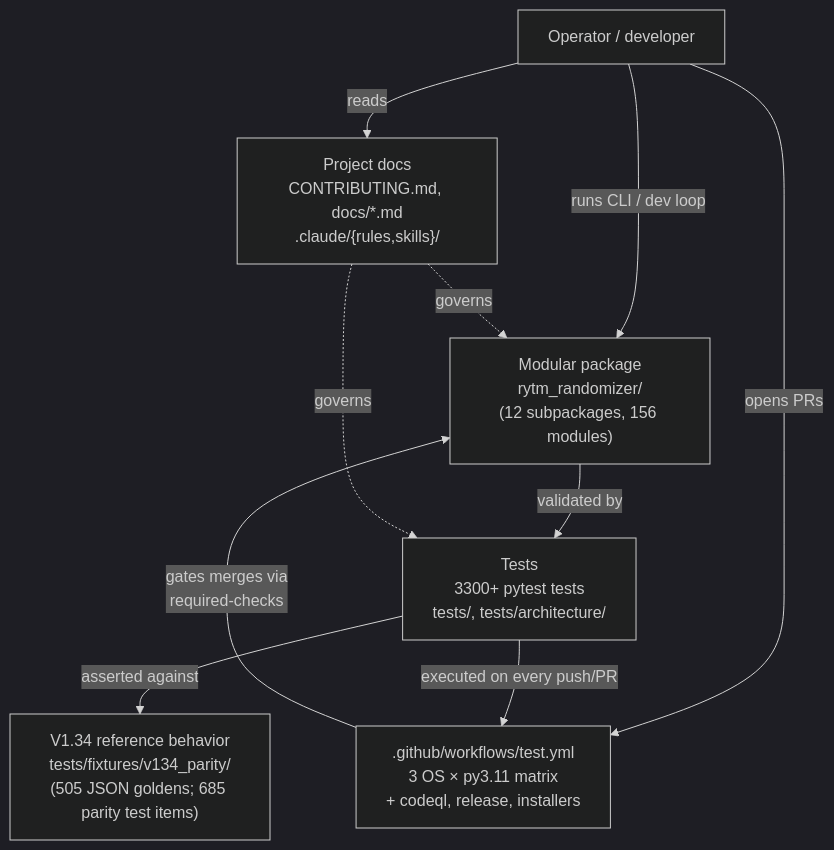
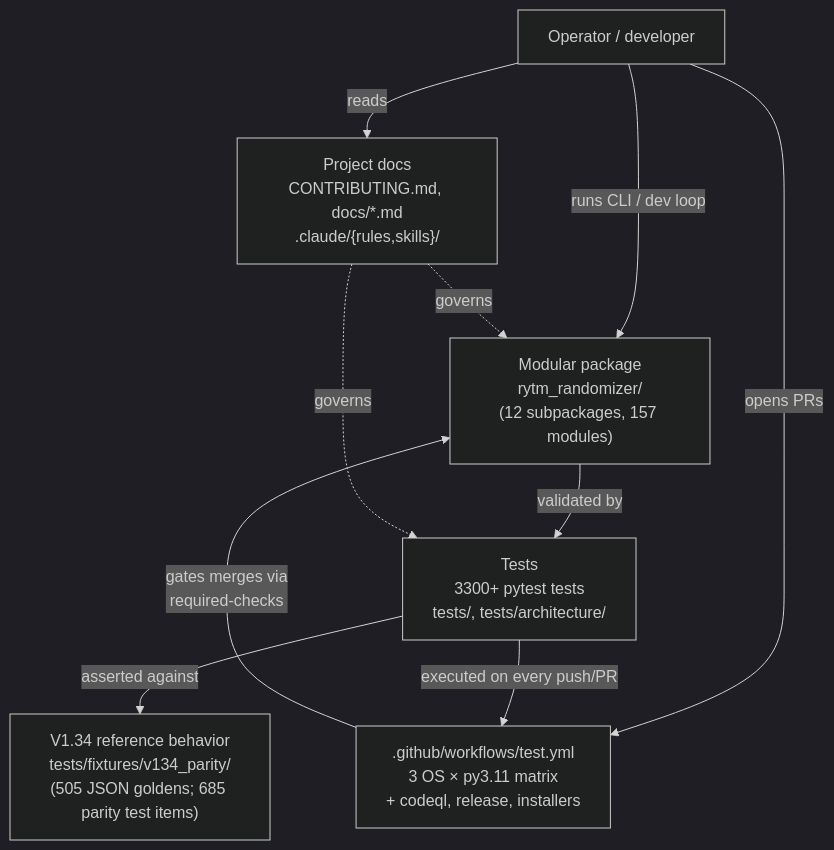
The first of 26 diagrams in docs/ARCHITECTURE_DIAGRAMS.md (buzzijose-hub/RytmRandomizer), drawn with Mermaid (dark theme) before and after one commit. The commit also changed other lines of this file and 15 other files, not shown here.

````diff
--- a/docs/ARCHITECTURE_DIAGRAMS.md
+++ b/docs/ARCHITECTURE_DIAGRAMS.md
@@ -47,22 +47,22 @@
 ```mermaid
 flowchart TB
     User["Operator / developer"]
     V134["V1.34 reference behavior<br/>tests/fixtures/v134_parity/<br/>(505 JSON goldens; 685 parity test items)"]
-    Package["Modular package<br/>rytm_randomizer/<br/>(12 subpackages, 156 modules)"]
+    Package["Modular package<br/>rytm_randomizer/<br/>(12 subpackages, 157 modules)"]
     Tests["Tests<br/>3300+ pytest tests<br/>tests/, tests/architecture/"]
     CI[".github/workflows/test.yml<br/>3 OS × py3.11 matrix<br/>+ codeql, release, installers"]
     Docs["Project docs<br/>CONTRIBUTING.md, docs/*.md<br/>.claude/{rules,skills}/"]
 
     User -->|"runs CLI / dev loop"| Package
     User -->|"opens PRs"| CI
     User -->|"reads"| Docs
 
     Package -->|"validated by"| Tests
     Tests -->|"asserted against"| V134
     Tests -->|"executed on every push/PR"| CI
 
     CI -->|"gates merges via<br/>required-checks"| Package
 
     Docs -.->|"governs"| Package
     Docs -.->|"governs"| Tests
 ```
````
